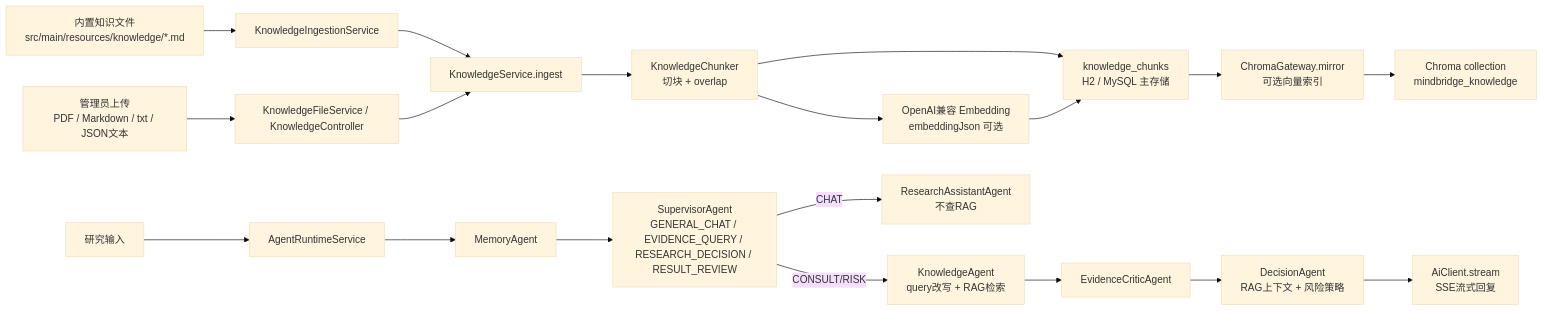
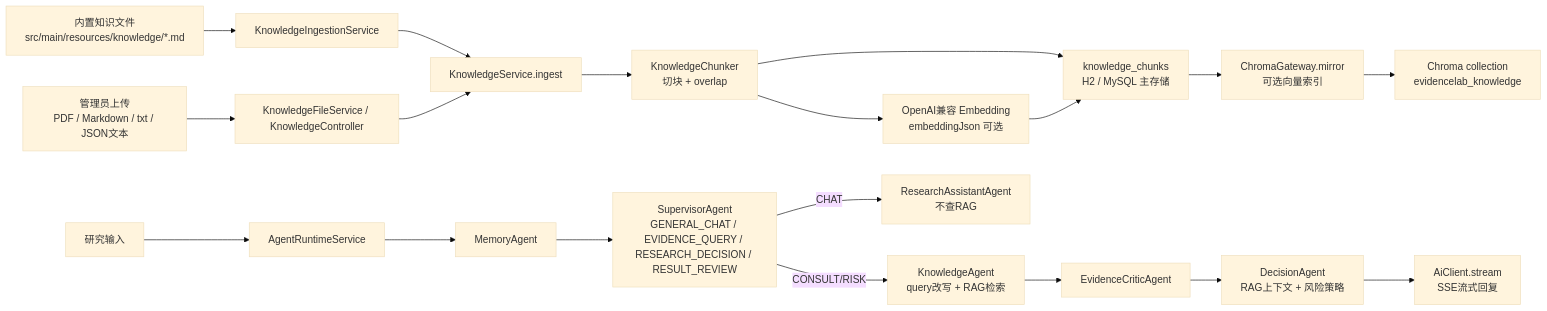
Before and after one commit to 2020378575/mindagent: the first of 2 diagrams in docs/rag-technical-guide.md, drawn with Mermaid (base theme). The commit also changed other lines of this file and 12 other files, not shown here.

````diff
--- a/docs/rag-technical-guide.md
+++ b/docs/rag-technical-guide.md
@@ -24,22 +24,22 @@
 ```mermaid
 flowchart LR
     A["内置知识文件<br/>src/main/resources/knowledge/*.md"] --> B["KnowledgeIngestionService"]
     C["管理员上传<br/>PDF / Markdown / txt / JSON文本"] --> D["KnowledgeFileService / KnowledgeController"]
     B --> E["KnowledgeService.ingest"]
     D --> E
     E --> F["KnowledgeChunker<br/>切块 + overlap"]
     F --> G["knowledge_chunks<br/>H2 / MySQL 主存储"]
     F --> H["OpenAI兼容 Embedding<br/>embeddingJson 可选"]
     G --> I["ChromaGateway.mirror<br/>可选向量索引"]
     H --> G
-    I --> J["Chroma collection<br/>mindbridge_knowledge"]
+    I --> J["Chroma collection<br/>evidencelab_knowledge"]
 
     K["研究输入"] --> L["AgentRuntimeService"]
     L --> M["MemoryAgent"]
     M --> N["SupervisorAgent<br/>GENERAL_CHAT / EVIDENCE_QUERY / RESEARCH_DECISION / RESULT_REVIEW"]
     N -->|CHAT| O["ResearchAssistantAgent<br/>不查RAG"]
     N -->|CONSULT/RISK| P["KnowledgeAgent<br/>query改写 + RAG检索"]
     P --> Q["EvidenceCriticAgent"]
     Q --> R["DecisionAgent<br/>RAG上下文 + 风险策略"]
     R --> S["AiClient.stream<br/>SSE流式回复"]
 ```
````
